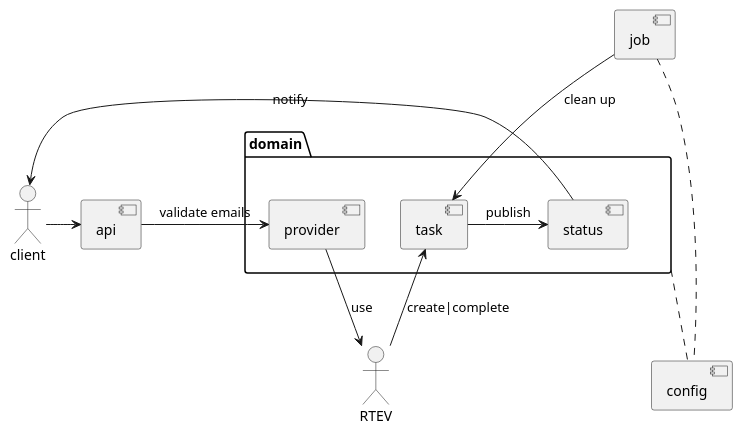
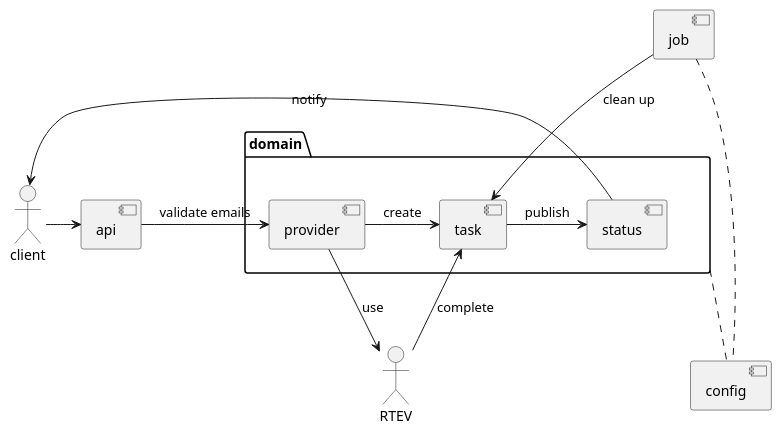
The diagram in doc/packages.plantuml (tomasz-skowronski/ml-bouncing-racoon), drawn with PlantUML before and after one commit. The commit also changed 13 other files, not shown here.

```diff
--- a/doc/packages.plantuml
+++ b/doc/packages.plantuml
@@ -1,23 +1,24 @@
 @startuml
 
 actor client
 actor RTEV
 
 package domain {
     [provider]
     [task]
     [status]
 }
 
 domain .. [config]
 [job] .. [config]
 [job]  --> task: clean up
 
 client -> [api]
 [api] -> [provider] : validate emails
 [provider] --> RTEV: use
-RTEV -> [task] : create|complete
+[provider] -> [task] : create
+RTEV -> [task] : complete
 [task] -> [status] : publish
 [status] -> client : notify
 
 @enduml
```
